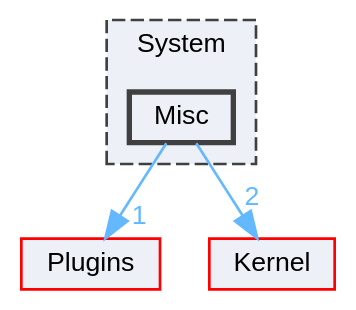
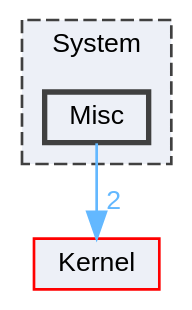
The diagram in dir_b2cfaedf53cd5862b029d4eda10d075d_dep.dot (XmacsLabs/lolly), drawn with Graphviz before and after one commit. The commit also changed 100 other files, not shown here.

```diff
--- a/dir_b2cfaedf53cd5862b029d4eda10d075d_dep.dot
+++ b/dir_b2cfaedf53cd5862b029d4eda10d075d_dep.dot
@@ -1,16 +1,14 @@
 digraph "Misc"
 {
  // LATEX_PDF_SIZE
   bgcolor="transparent";
   edge [fontname=Helvetica,fontsize=10,labelfontname=Helvetica,labelfontsize=10];
   node [fontname=Helvetica,fontsize=10,shape=box,height=0.2,width=0.4];
   compound=true
   subgraph clusterdir_9af51e3826d4f9e80d9103b2de543e84 {
     graph [ bgcolor="#edf0f7", pencolor="grey25", label="System", fontname=Helvetica,fontsize=10 style="filled,dashed", URL="dir_9af51e3826d4f9e80d9103b2de543e84.html",tooltip=""]
   dir_b2cfaedf53cd5862b029d4eda10d075d [label="Misc", fillcolor="#edf0f7", color="grey25", style="filled,bold", URL="dir_b2cfaedf53cd5862b029d4eda10d075d.html",tooltip=""];
   }
-  dir_0b4eaef40a1fe20bedafe9e8e719ce66 [label="Plugins", fillcolor="#edf0f7", color="red", style="filled", URL="dir_0b4eaef40a1fe20bedafe9e8e719ce66.html",tooltip=""];
   dir_52bed8acfaac088d5968cb2c84d7645d [label="Kernel", fillcolor="#edf0f7", color="red", style="filled", URL="dir_52bed8acfaac088d5968cb2c84d7645d.html",tooltip=""];
-  dir_b2cfaedf53cd5862b029d4eda10d075d->dir_0b4eaef40a1fe20bedafe9e8e719ce66 [headlabel="1", labeldistance=1.5 headhref="dir_000022_000024.html" color="steelblue1" fontcolor="steelblue1"];
   dir_b2cfaedf53cd5862b029d4eda10d075d->dir_52bed8acfaac088d5968cb2c84d7645d [headlabel="2", labeldistance=1.5 headhref="dir_000022_000018.html" color="steelblue1" fontcolor="steelblue1"];
 }
```
